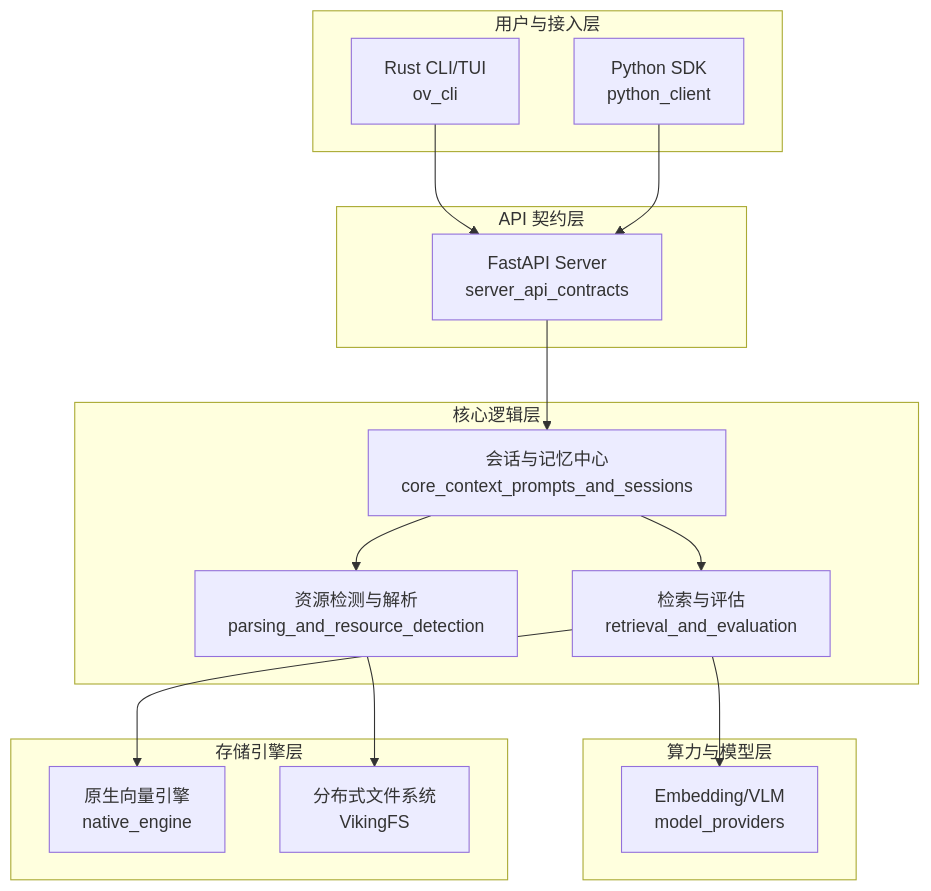
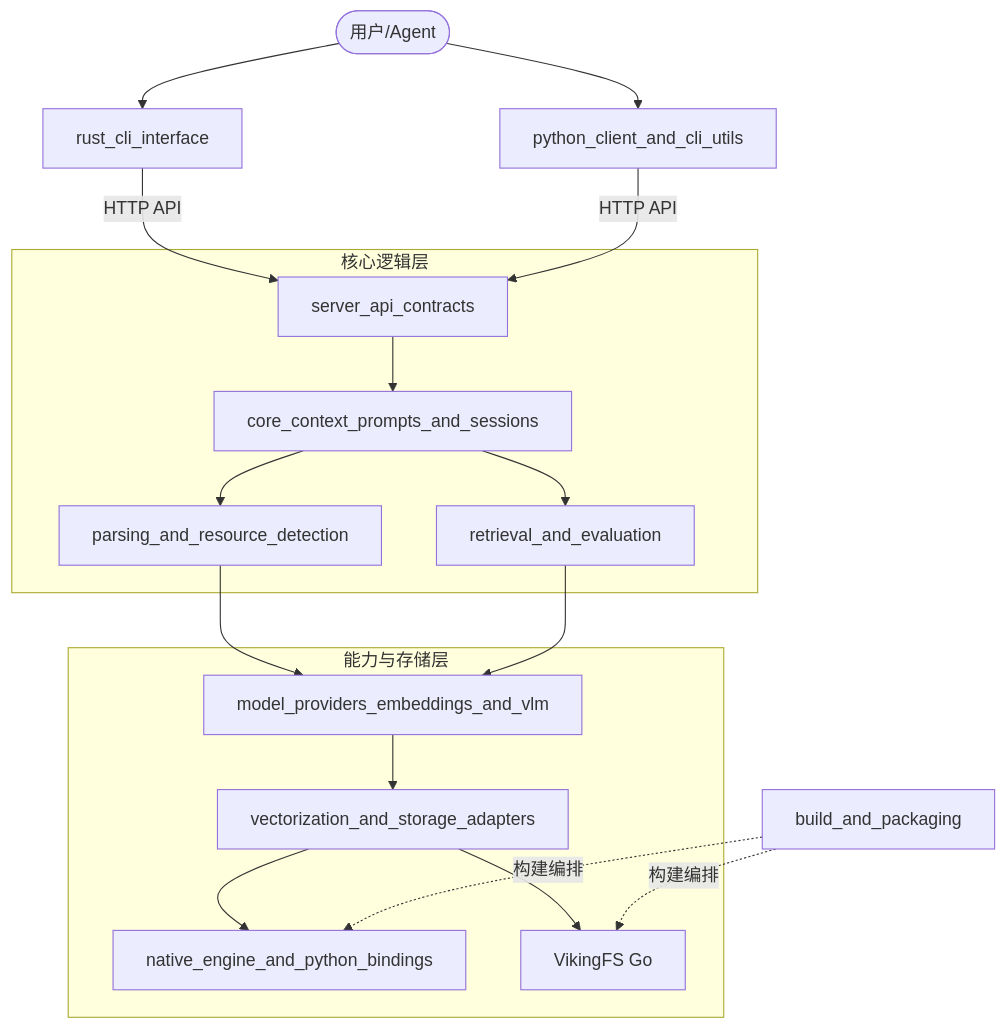
One commit to nerdneilsfield/code-wiki-pages changed the diagram in public/OpenViking-docs/overview.md. Above: the diagram before and after it, drawn with Mermaid. The commit also changed other lines of this file and 205 other files, not shown here.

````diff
--- a/public/OpenViking-docs/overview.md
+++ b/public/OpenViking-docs/overview.md
@@ -24,35 +15,21 @@
 ```mermaid
-graph TB
-    subgraph "用户与接入层"
-        CLI[Rust CLI/TUI<br/>ov_cli]
-        SDK[Python SDK<br/>python_client]
+graph TD
+    User([用户/Agent]) --> CLI[rust_cli_interface]
+    User --> SDK[python_client_and_cli_utils]
+    CLI & SDK -->|HTTP API| API[server_api_contracts]
+    
+    subgraph "核心逻辑层"
+        API --> CM[core_context_prompts_and_sessions]
+        CM --> PR[parsing_and_resource_detection]
+        CM --> RT[retrieval_and_evaluation]
     end
-
-    subgraph "API 契约层"
-        API[FastAPI Server<br/>server_api_contracts]
+    
+    subgraph "能力与存储层"
+        PR & RT --> EB[model_providers_embeddings_and_vlm]
+        EB --> AD[vectorization_and_storage_adapters]
+        AD --> NE[native_engine_and_python_bindings]
+        AD --> FS[VikingFS Go]
     end
-
-    subgraph "核心逻辑层"
-        PARSE[资源检测与解析<br/>parsing_and_resource_detection]
-        CORE[会话与记忆中心<br/>core_context_prompts_and_sessions]
-        RET[检索与评估<br/>retrieval_and_evaluation]
-    end
-
-    subgraph "算力与模型层"
-        MOD[Embedding/VLM<br/>model_providers]
-    end
-
-    subgraph "存储引擎层"
-        ENG[原生向量引擎<br/>native_engine]
-        FS[分布式文件系统<br/>VikingFS]
-    end
-
-    CLI --> API
-    SDK --> API
-    API --> CORE
-    CORE --> PARSE
-    CORE --> RET
-    RET --> MOD
-    RET --> ENG
-    PARSE --> FS
+    
+    BP[build_and_packaging] -.->|构建编排| NE & FS
 ```
````
